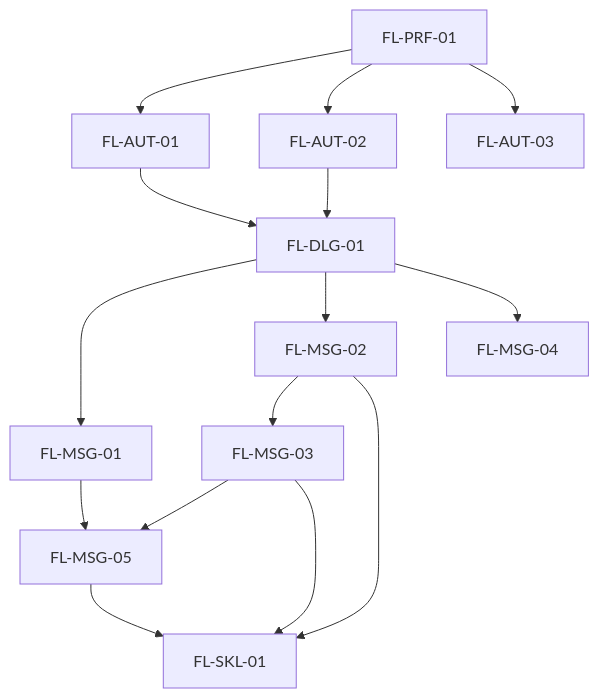
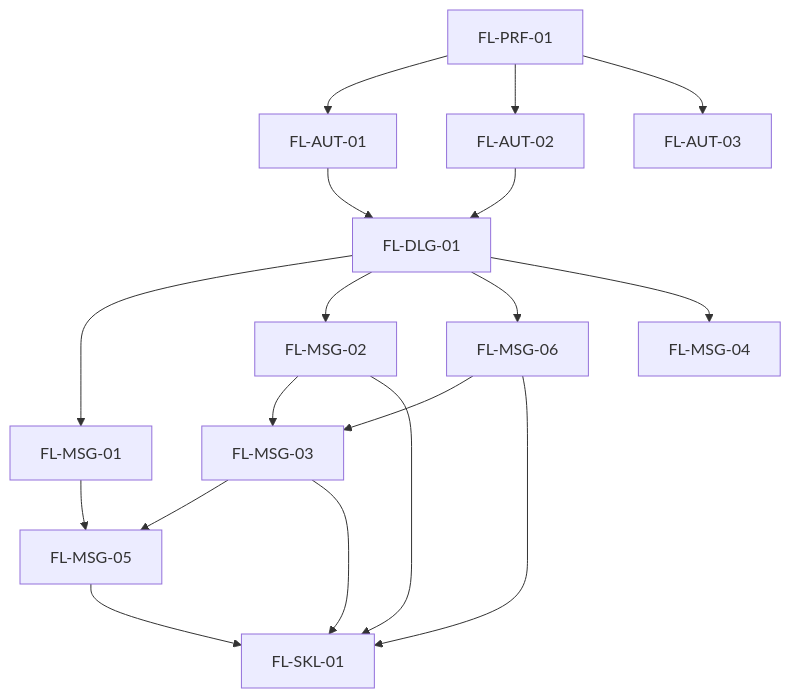
The diagram in .docs/wiki/03_FL.md (fgpaz/mi-telegram-cli), drawn with Mermaid before and after one commit. The commit also changed other lines of this file and 30 other files, not shown here.

````diff
--- a/.docs/wiki/03_FL.md
+++ b/.docs/wiki/03_FL.md
@@ -31,29 +32,33 @@
 ```mermaid
 flowchart TD
     PRF[FL-PRF-01]
     AUT1[FL-AUT-01]
     AUT2[FL-AUT-02]
     AUT3[FL-AUT-03]
     DLG[FL-DLG-01]
     MSG1[FL-MSG-01]
     MSG2[FL-MSG-02]
     MSG3[FL-MSG-03]
     MSG4[FL-MSG-04]
     MSG5[FL-MSG-05]
+    MSG6[FL-MSG-06]
     SKL[FL-SKL-01]
 
     PRF --> AUT1
     PRF --> AUT2
     PRF --> AUT3
     AUT1 --> DLG
     AUT2 --> DLG
     DLG --> MSG1
     DLG --> MSG2
+    DLG --> MSG6
     MSG2 --> MSG3
+    MSG6 --> MSG3
     MSG1 --> MSG5
     MSG3 --> MSG5
     DLG --> MSG4
     MSG2 --> SKL
     MSG3 --> SKL
     MSG5 --> SKL
+    MSG6 --> SKL
 ```
````
